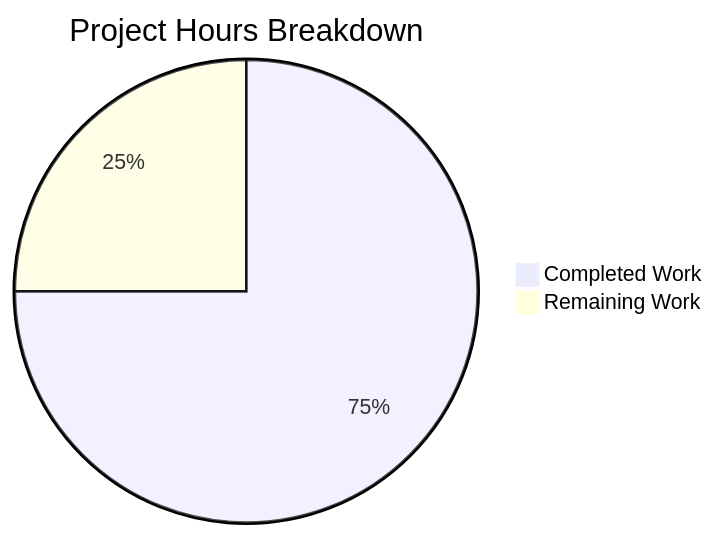
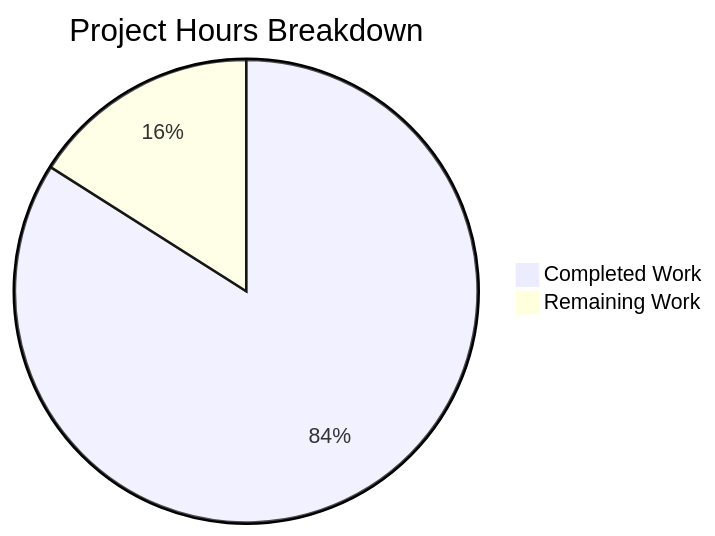
Before and after one commit to Sandeep01Kumar/29-dec-existing-projects-qa-test-1: the diagram in blitzy/documentation/Project Guide.md, drawn with Mermaid. The commit also changed other lines of this file, not shown here.

Commit message:
Adding Blitzy Project Guide: Project Status and Human Tasks Remaining

````diff
--- a/blitzy/documentation/Project Guide.md
+++ b/blitzy/documentation/Project Guide.md
@@ -26,5 +93,5 @@
 ```mermaid
 pie title Project Hours Breakdown
-    "Completed Work" : 3
-    "Remaining Work" : 1
+    "Completed Work" : 10.5
+    "Remaining Work" : 2.0
 ```
````
